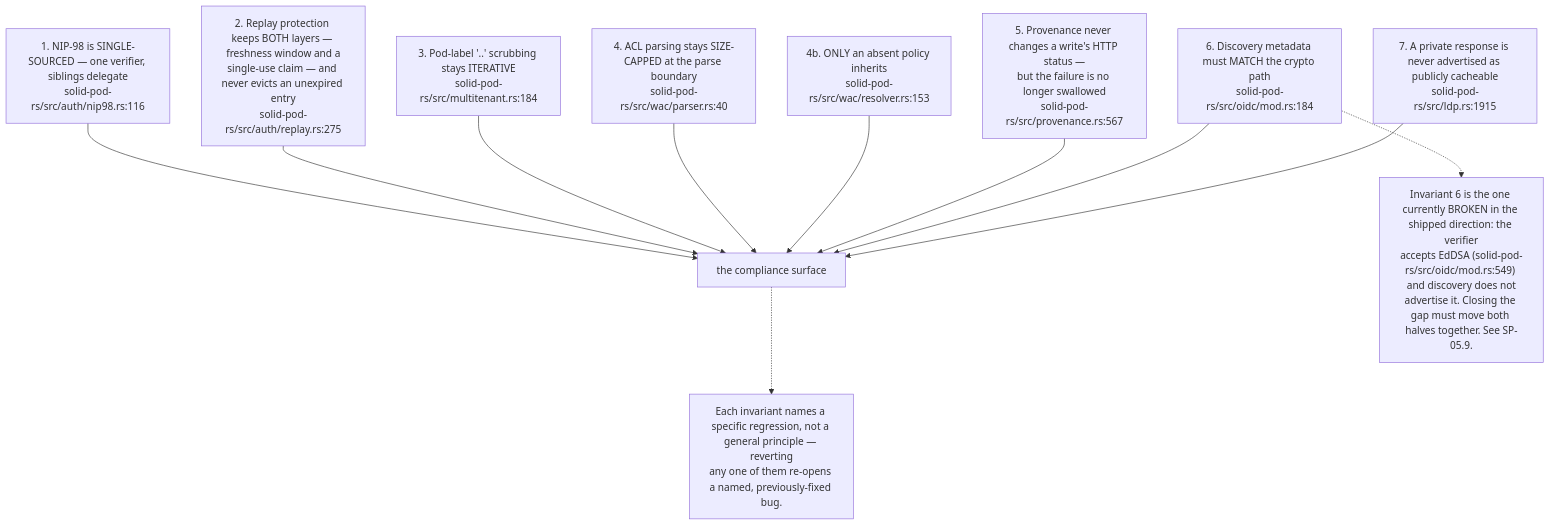
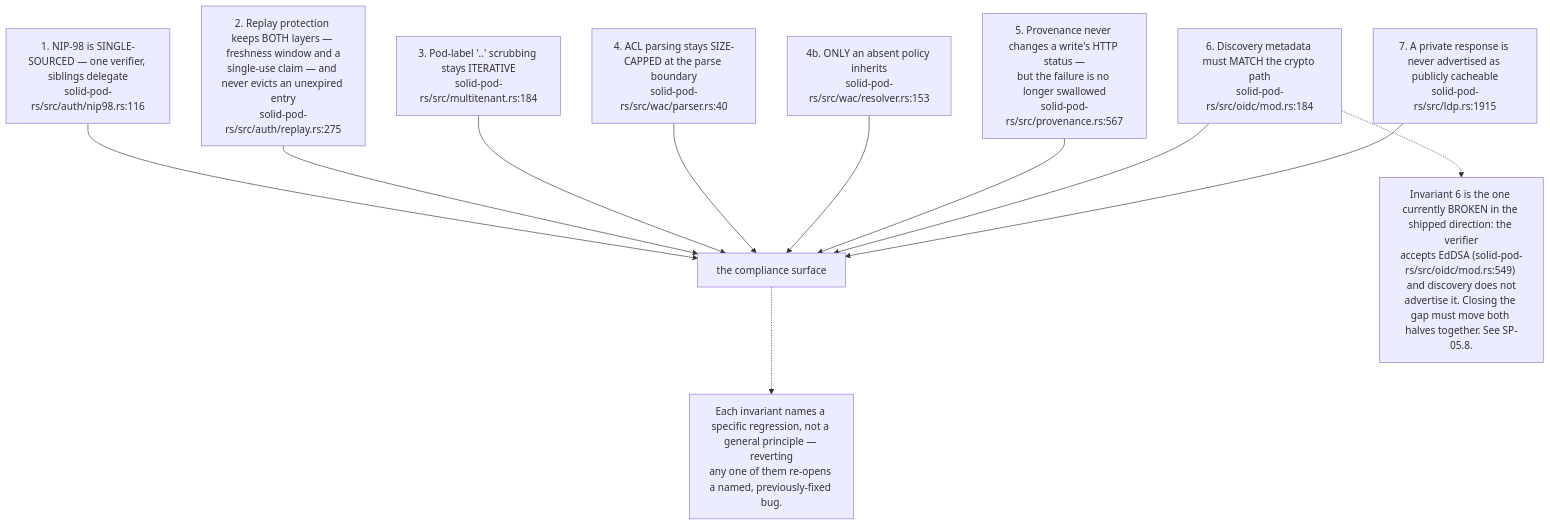
Before and after one commit to DreamLab-AI/VisionFlow: the first of 12 diagrams in docs/diagrams/solid-pod-rs/10-failure-modes-and-invariants.md, drawn with Mermaid. The commit also changed 136 other files, not shown here.

First line of the commit message:
docs(diagrams): refresh the whole corpus to code HEAD and prune low-value diagrams

````diff
--- a/docs/diagrams/solid-pod-rs/10-failure-modes-and-invariants.md
+++ b/docs/diagrams/solid-pod-rs/10-failure-modes-and-invariants.md
@@ -42,25 +42,25 @@
 ```mermaid
 flowchart TD
     I1["1. NIP-98 is SINGLE-SOURCED — one verifier, siblings delegate<br/>solid-pod-rs/src/auth/nip98.rs:116"]
     I2["2. Replay protection keeps BOTH layers — freshness window and a<br/>single-use claim — and never evicts an unexpired entry<br/>solid-pod-rs/src/auth/replay.rs:275"]
     I3["3. Pod-label '..' scrubbing stays ITERATIVE<br/>solid-pod-rs/src/multitenant.rs:184"]
     I4["4. ACL parsing stays SIZE-CAPPED at the parse boundary<br/>solid-pod-rs/src/wac/parser.rs:40"]
     I4b["4b. ONLY an absent policy inherits<br/>solid-pod-rs/src/wac/resolver.rs:153"]
     I5["5. Provenance never changes a write's HTTP status —<br/>but the failure is no longer swallowed<br/>solid-pod-rs/src/provenance.rs:567"]
     I6["6. Discovery metadata must MATCH the crypto path<br/>solid-pod-rs/src/oidc/mod.rs:184"]
     I7["7. A private response is never advertised as publicly cacheable<br/>solid-pod-rs/src/ldp.rs:1915"]
 
     I1 --> SUR["the compliance surface"]
     I2 --> SUR
     I3 --> SUR
     I4 --> SUR
     I4b --> SUR
     I5 --> SUR
     I6 --> SUR
     I7 --> SUR
 
-    N["Invariant 6 is the one currently BROKEN in the shipped direction: the verifier<br/>accepts EdDSA (solid-pod-rs/src/oidc/mod.rs:549) and discovery does not<br/>advertise it. Closing the gap must move both halves together. See SP-05.9."]
+    N["Invariant 6 is the one currently BROKEN in the shipped direction: the verifier<br/>accepts EdDSA (solid-pod-rs/src/oidc/mod.rs:549) and discovery does not<br/>advertise it. Closing the gap must move both halves together. See SP-05.8."]
     I6 -.-> N
     N2["Each invariant names a specific regression, not a general principle — reverting<br/>any one of them re-opens a named, previously-fixed bug."]
     SUR -.-> N2
 ```
````
